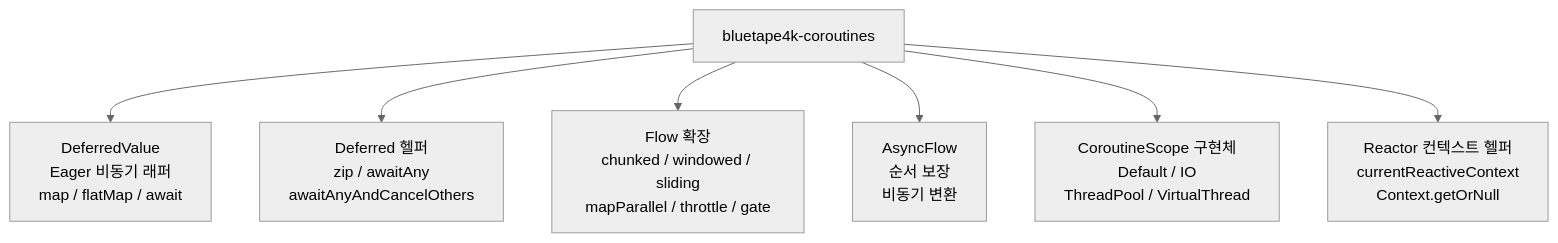
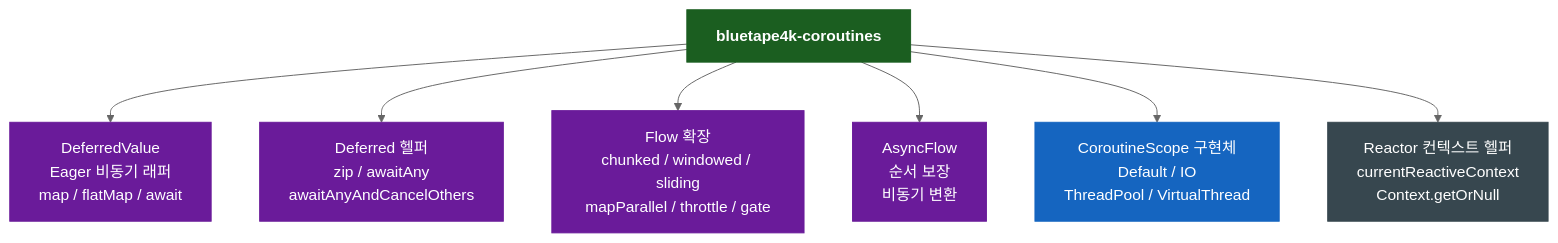
The first of 16 diagrams in bluetape4k/coroutines/README.ko.md (bluetape4k/bluetape4k-projects), drawn with Mermaid (neutral theme) before and after one commit. The commit also changed other lines of this file and 221 other files, not shown here.

First line of the commit message:
docs: 전체 모듈 README UML 다이어그램 보강 및 색상 업그레이드

````diff
--- a/bluetape4k/coroutines/README.ko.md
+++ b/bluetape4k/coroutines/README.ko.md
@@ -19,18 +19,31 @@
 ```mermaid
 flowchart TD
     Coroutines["bluetape4k-coroutines"]
 
     DeferredValue["DeferredValue<br/>Eager 비동기 래퍼<br/>map / flatMap / await"]
     DeferredHelpers["Deferred 헬퍼<br/>zip / awaitAny<br/>awaitAnyAndCancelOthers"]
     FlowExt["Flow 확장<br/>chunked / windowed / sliding<br/>mapParallel / throttle / gate"]
     AsyncFlow["AsyncFlow<br/>순서 보장<br/>비동기 변환"]
     Scopes["CoroutineScope 구현체<br/>Default / IO<br/>ThreadPool / VirtualThread"]
     Reactor["Reactor 컨텍스트 헬퍼<br/>currentReactiveContext<br/>Context.getOrNull"]
 
     Coroutines --> DeferredValue
     Coroutines --> DeferredHelpers
     Coroutines --> FlowExt
     Coroutines --> AsyncFlow
     Coroutines --> Scopes
     Coroutines --> Reactor
+
+    classDef coreStyle fill:#1B5E20,stroke:#1B5E20,color:#FFFFFF,font-weight:bold
+    classDef serviceStyle fill:#1565C0,stroke:#1565C0,color:#FFFFFF
+    classDef utilStyle fill:#E65100,stroke:#E65100,color:#FFFFFF
+    classDef asyncStyle fill:#6A1B9A,stroke:#6A1B9A,color:#FFFFFF
+    classDef extStyle fill:#37474F,stroke:#37474F,color:#FFFFFF
+    classDef dataStyle fill:#F57F17,stroke:#F57F17,color:#000000
+
+    class Coroutines coreStyle
+    class DeferredValue,DeferredHelpers asyncStyle
+    class FlowExt,AsyncFlow asyncStyle
+    class Scopes serviceStyle
+    class Reactor extStyle
 ```
````
